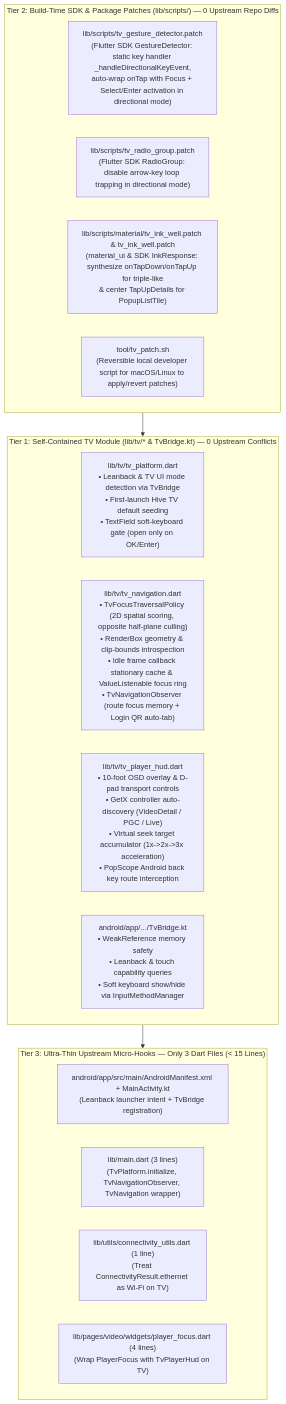
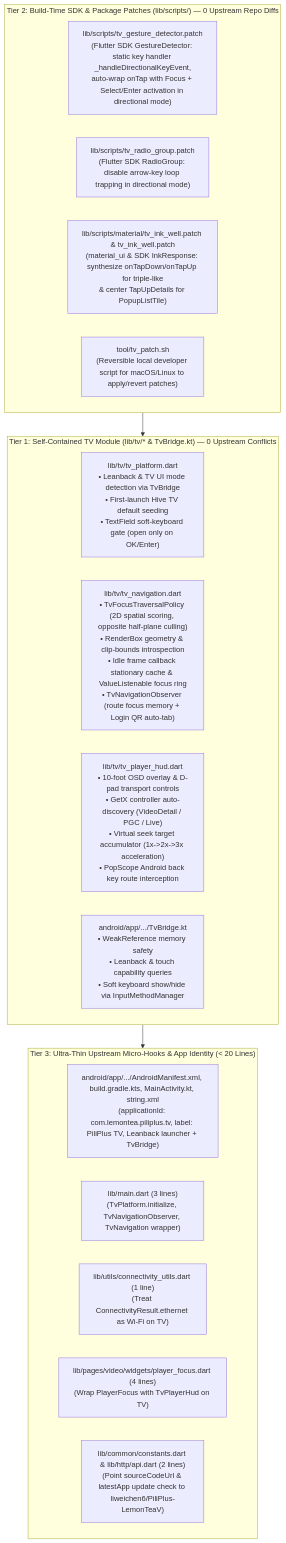
One commit to liweichen6/PiliPlus-LemonTeaV changed the diagram in docs/tv/ARCHITECTURE.md. Above: the diagram before and after it, drawn with Mermaid. The commit also changed 5 other files, not shown here.

Commit message:
docs(tv): add upstream sync and build guide and update bilingual root READMEs

````diff
--- a/docs/tv/ARCHITECTURE.md
+++ b/docs/tv/ARCHITECTURE.md
@@ -9,26 +9,27 @@
 ```mermaid
 flowchart TD
     subgraph Tier1["Tier 1: Self-Contained TV Module (lib/tv/* & TvBridge.kt) — 0 Upstream Conflicts"]
         T1A["lib/tv/tv_platform.dart<br/>• Leanback & TV UI mode detection via TvBridge<br/>• First-launch Hive TV default seeding<br/>• TextField soft-keyboard gate (open only on OK/Enter)"]
         T1B["lib/tv/tv_navigation.dart<br/>• TvFocusTraversalPolicy (2D spatial scoring, opposite half-plane culling)<br/>• RenderBox geometry & clip-bounds introspection<br/>• Idle frame callback stationary cache & ValueListenable focus ring<br/>• TvNavigationObserver (route focus memory + Login QR auto-tab)"]
         T1C["lib/tv/tv_player_hud.dart<br/>• 10-foot OSD overlay & D-pad transport controls<br/>• GetX controller auto-discovery (VideoDetail / PGC / Live)<br/>• Virtual seek target accumulator (1x->2x->3x acceleration)<br/>• PopScope Android back key route interception"]
         T1D["android/app/.../TvBridge.kt<br/>• WeakReference<Activity> memory safety<br/>• Leanback & touch capability queries<br/>• Soft keyboard show/hide via InputMethodManager"]
     end
 
     subgraph Tier2["Tier 2: Build-Time SDK & Package Patches (lib/scripts/) — 0 Upstream Repo Diffs"]
         T2A["lib/scripts/tv_gesture_detector.patch<br/>(Flutter SDK GestureDetector: static key handler _handleDirectionalKeyEvent,<br/>auto-wrap onTap with Focus + Select/Enter activation in directional mode)"]
         T2B["lib/scripts/tv_radio_group.patch<br/>(Flutter SDK RadioGroup: disable arrow-key loop trapping in directional mode)"]
         T2C["lib/scripts/material/tv_ink_well.patch & tv_ink_well.patch<br/>(material_ui & SDK InkResponse: synthesize onTapDown/onTapUp for triple-like<br/>& center TapUpDetails for PopupListTile)"]
         T2D["tool/tv_patch.sh<br/>(Reversible local developer script for macOS/Linux to apply/revert patches)"]
     end
 
-    subgraph Tier3["Tier 3: Ultra-Thin Upstream Micro-Hooks — Only 3 Dart Files (< 15 Lines)"]
-        T3A["android/app/src/main/AndroidManifest.xml + MainActivity.kt<br/>(Leanback launcher intent + TvBridge registration)"]
+    subgraph Tier3["Tier 3: Ultra-Thin Upstream Micro-Hooks & App Identity (< 20 Lines)"]
+        T3A["android/app/.../AndroidManifest.xml, build.gradle.kts, MainActivity.kt, string.xml<br/>(applicationId: com.lemontea.piliplus.tv, label: PiliPlus TV, Leanback launcher + TvBridge)"]
         T3B["lib/main.dart (3 lines)<br/>(TvPlatform.initialize, TvNavigationObserver, TvNavigation wrapper)"]
         T3C["lib/utils/connectivity_utils.dart (1 line)<br/>(Treat ConnectivityResult.ethernet as Wi-Fi on TV)"]
         T3D["lib/pages/video/widgets/player_focus.dart (4 lines)<br/>(Wrap PlayerFocus with TvPlayerHud on TV)"]
+        T3E["lib/common/constants.dart & lib/http/api.dart (2 lines)<br/>(Point sourceCodeUrl & latestApp update check to liweichen6/PiliPlus-LemonTeaV)"]
     end
 
     Tier1 --> Tier3
     Tier2 --> Tier1
 ```
````
